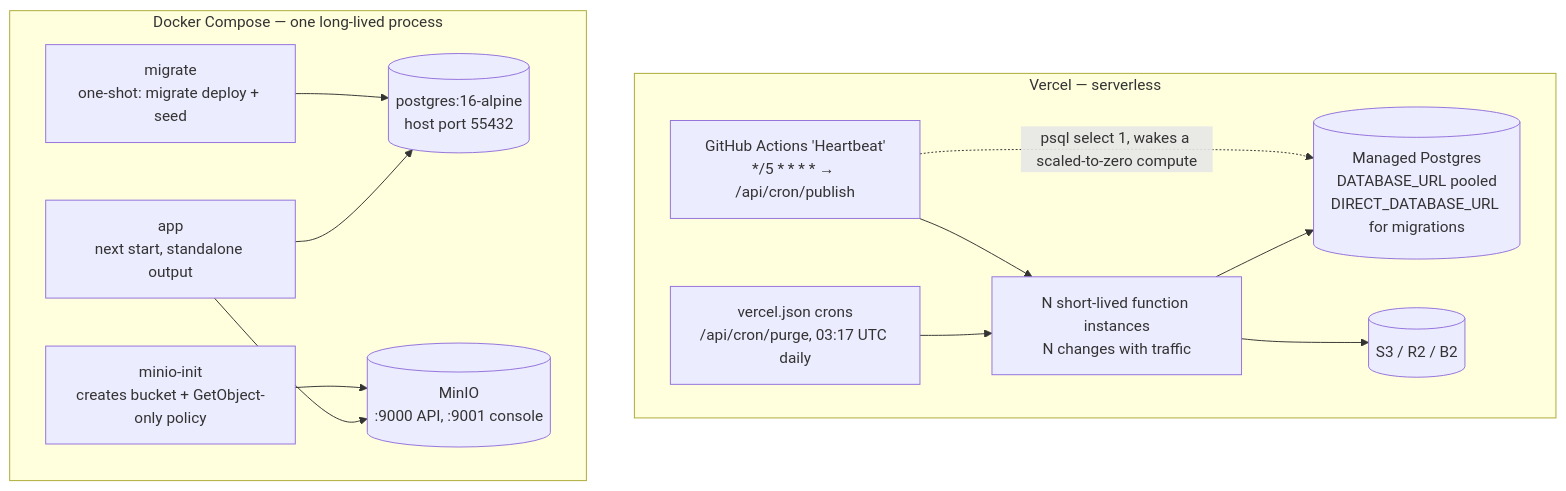
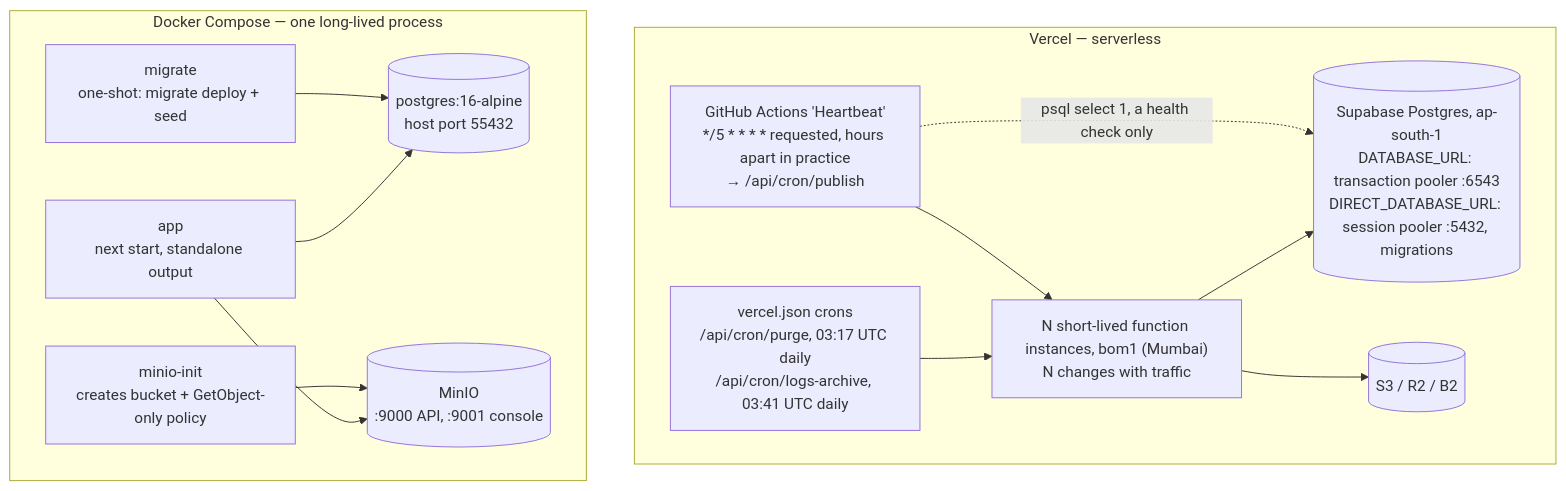
The second of 16 diagrams in docs/ARCHITECTURE.md (cxacraftecosystem-ui/cxa-cms), drawn with Mermaid before and after one commit. The commit also changed other lines of this file and 12 other files, not shown here.

First line of the commit message:
Serve functions from Mumbai, give previews their own origin, and fail the heartbeat when it cannot publish

````diff
--- a/docs/ARCHITECTURE.md
+++ b/docs/ARCHITECTURE.md
@@ -72,27 +72,27 @@
 ```mermaid
 flowchart TB
     subgraph vercel["Vercel — serverless"]
-        vfn["N short-lived function instances<br/>N changes with traffic"]
-        vcron["vercel.json crons<br/>/api/cron/purge, 03:17 UTC daily"]
-        gha["GitHub Actions 'Heartbeat'<br/>*/5 * * * * → /api/cron/publish"]
-        vneon[("Managed Postgres<br/>DATABASE_URL pooled<br/>DIRECT_DATABASE_URL for migrations")]
+        vfn["N short-lived function instances, bom1 (Mumbai)<br/>N changes with traffic"]
+        vcron["vercel.json crons<br/>/api/cron/purge, 03:17 UTC daily<br/>/api/cron/logs-archive, 03:41 UTC daily"]
+        gha["GitHub Actions 'Heartbeat'<br/>*/5 * * * * requested, hours apart in practice<br/>→ /api/cron/publish"]
+        vdb[("Supabase Postgres, ap-south-1<br/>DATABASE_URL: transaction pooler :6543<br/>DIRECT_DATABASE_URL: session pooler :5432, migrations")]
         vs3[("S3 / R2 / B2")]
-        vfn --> vneon
+        vfn --> vdb
         vfn --> vs3
         vcron --> vfn
         gha --> vfn
-        gha -.->|"psql select 1, wakes a scaled-to-zero compute"| vneon
+        gha -.->|"psql select 1, a health check only"| vdb
     end
 
     subgraph docker["Docker Compose — one long-lived process"]
         dapp["app<br/>next start, standalone output"]
         dmig["migrate<br/>one-shot: migrate deploy + seed"]
         dpg[("postgres:16-alpine<br/>host port 55432")]
         dminio[("MinIO<br/>:9000 API, :9001 console")]
         dinit["minio-init<br/>creates bucket + GetObject-only policy"]
         dmig --> dpg
         dinit --> dminio
         dapp --> dpg
         dapp --> dminio
     end
 ```
````
